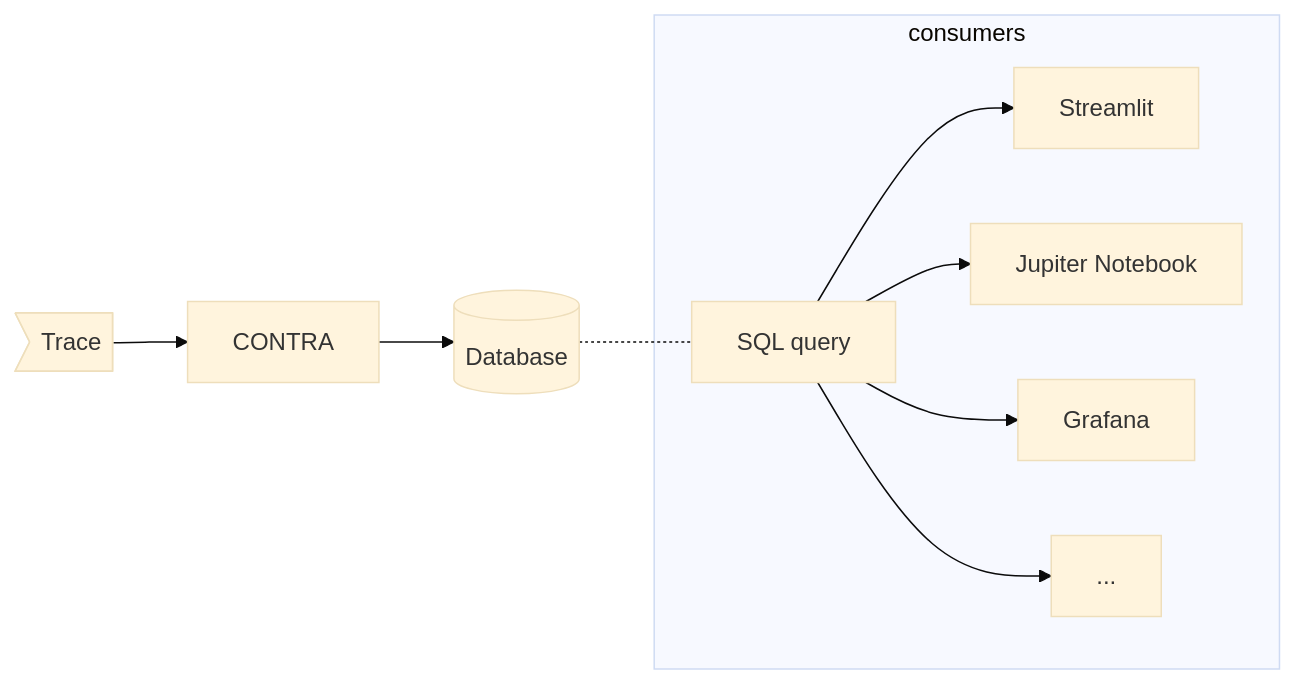
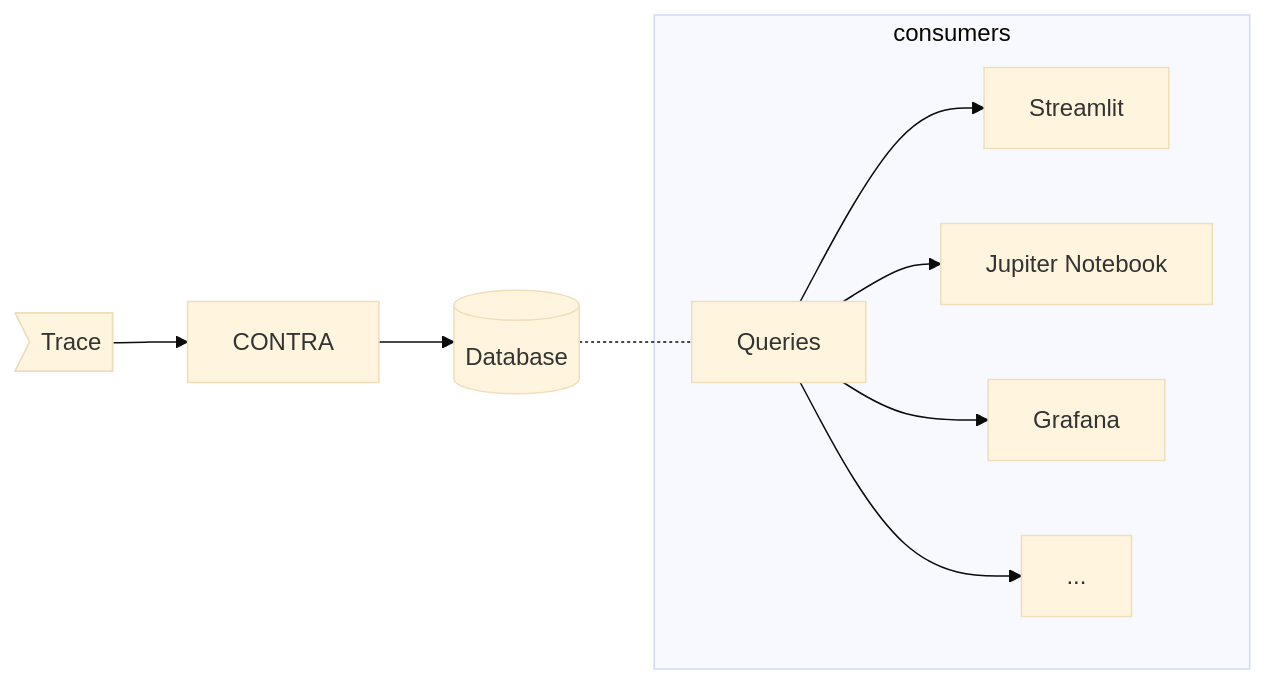
One commit to frobino/contra-microanalysis changed the diagram in README.md. Above: the diagram before and after it, drawn with Mermaid (base theme). The commit also changed other lines of this file and 1 other file, not shown here.

````diff
--- a/README.md
+++ b/README.md
@@ -14,12 +14,12 @@
 ```mermaid
 flowchart LR
     t>Trace] --> con[CONTRA]
     con --> db[(Database)]
-    db -.- q[SQL query]
+    db -.- q[Queries]
     subgraph consumers
         q --> st[Streamlit]
         q --> jup[Jupiter Notebook]
         q --> g[Grafana]
         q --> any[...]
     end
 ```
````
